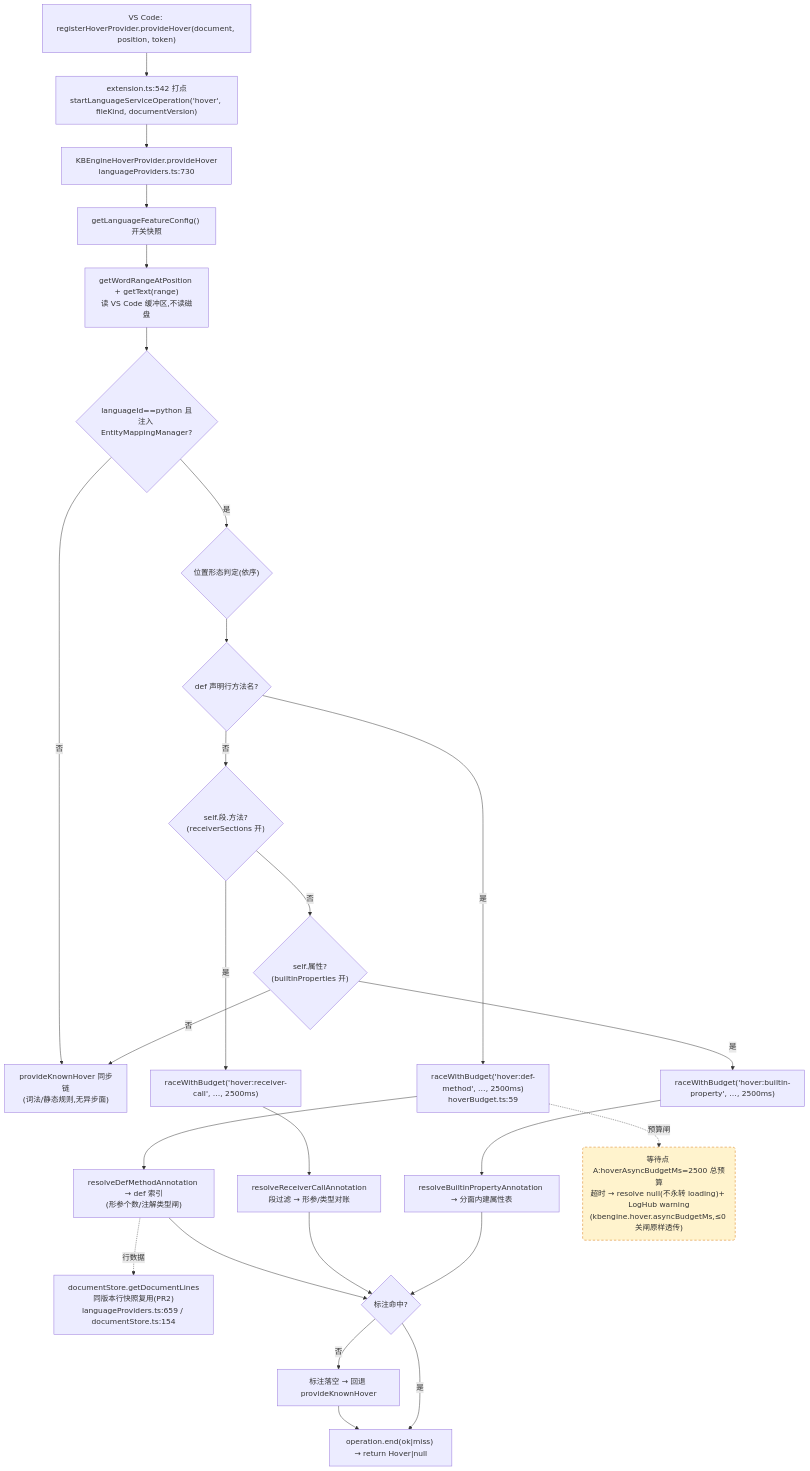
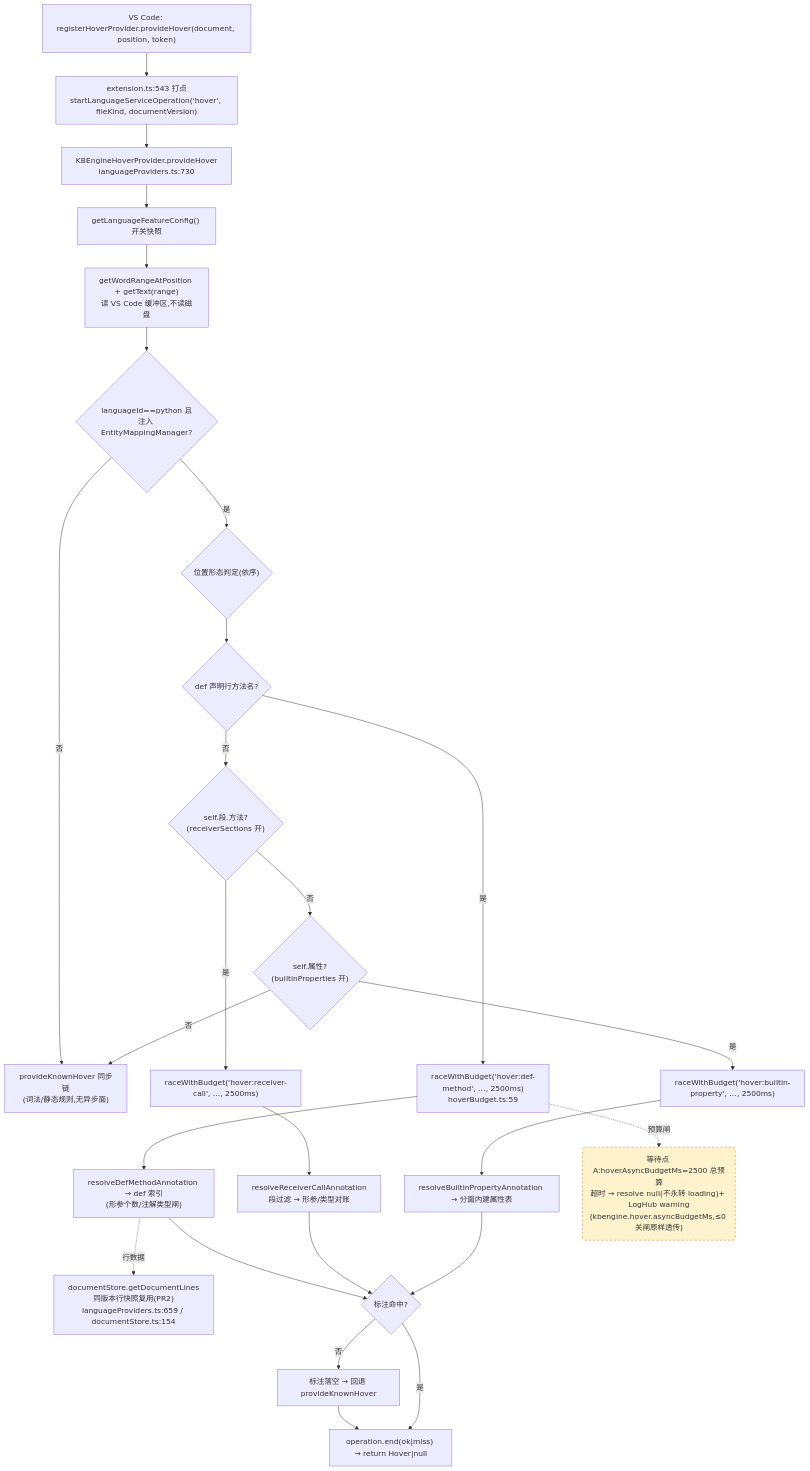
Before and after one commit to cuihairu/kode: the first of 4 diagrams in docs/perf/2026-baseline.md, drawn with Mermaid. The commit also changed other lines of this file and 4 other files, not shown here.

Commit message:
feat: warm schema snapshots in background tasks

````diff
--- a/docs/perf/2026-baseline.md
+++ b/docs/perf/2026-baseline.md
@@ -82,45 +82,45 @@
 ```mermaid
 flowchart TD
   VC1["VS Code: registerHoverProvider.provideHover(document, position, token)"]
-  M1["extension.ts:542 打点<br/>startLanguageServiceOperation('hover', fileKind, documentVersion)"]
+  M1["extension.ts:543 打点<br/>startLanguageServiceOperation('hover', fileKind, documentVersion)"]
   HP["KBEngineHoverProvider.provideHover<br/>languageProviders.ts:730"]
   CFG["getLanguageFeatureConfig() 开关快照"]
   WORD["getWordRangeAtPosition + getText(range)<br/>读 VS Code 缓冲区,不读磁盘"]
   BR{"languageId==python 且<br/>注入 EntityMappingManager?"}
   KN["provideKnownHover 同步链<br/>(词法/静态规则,无异步面)"]
   POS{"位置形态判定(依序)"}
   D1{"def 声明行方法名?"}
   D2{"self.段.方法?<br/>(receiverSections 开)"}
   D3{"self.属性?<br/>(builtinProperties 开)"}
   RA1["raceWithBudget('hover:def-method', …, 2500ms)<br/>hoverBudget.ts:59"]
   RA2["raceWithBudget('hover:receiver-call', …, 2500ms)"]
   RA3["raceWithBudget('hover:builtin-property', …, 2500ms)"]
   RS1["resolveDefMethodAnnotation → def 索引<br/>(形参个数/注解类型闸)"]
   RS2["resolveReceiverCallAnnotation<br/>段过滤 → 形参/类型对账"]
   RS3["resolveBuiltinPropertyAnnotation → 分面内建属性表"]
   LINES["documentStore.getDocumentLines<br/>同版本行快照复用(PR2)<br/>languageProviders.ts:659 / documentStore.ts:154"]
   MISS["标注落空 → 回退 provideKnownHover"]
   END1["operation.end(ok|miss) → return Hover|null"]
 
   VC1 --> M1 --> HP --> CFG --> WORD --> BR
   BR -- "否" --> KN
   BR -- "是" --> POS --> D1
   D1 -- "是" --> RA1 --> RS1
   D1 -- "否" --> D2
   D2 -- "是" --> RA2 --> RS2
   D2 -- "否" --> D3
   D3 -- "是" --> RA3 --> RS3
   D3 -- "否" --> KN
   RS1 --> HIT{"标注命中?"}
   RS2 --> HIT
   RS3 --> HIT
   RS1 -.->|行数据| LINES
   HIT -- "否" --> MISS --> END1
   HIT -- "是" --> END1
 
   WAITA("等待点 A:hoverAsyncBudgetMs=2500 总预算<br/>超时 → resolve null(不永转 loading)+ LogHub warning<br/>(kbengine.hover.asyncBudgetMs,≤0 关闸原样透传)")
   RA1 -.->|预算闸| WAITA
 
   classDef waitPoint fill:#fff3cd,stroke:#d97706,stroke-dasharray:5 4;
   class WAITA waitPoint;
 ```
````
